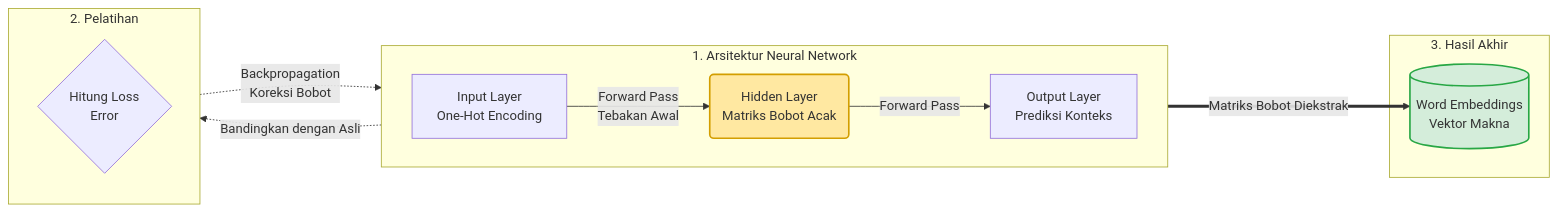
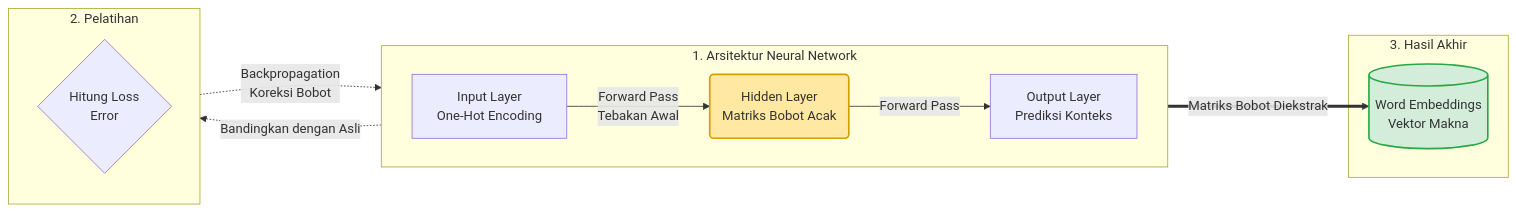
The third of 8 diagrams in slides.md (bendo01/BigPictureRAG), drawn with Mermaid before and after one commit. The commit also changed other lines of this file, not shown here.

````diff
--- a/slides.md
+++ b/slides.md
@@ -316,27 +401,26 @@
 ```mermaid
 graph LR
     %% Arsitektur Jaringan Saraf (Neural Network)
     subgraph Word2Vec_Model [1. Arsitektur Neural Network]
         direction LR
         A[Input Layer<br>One-Hot Encoding] -->|Forward Pass<br>Tebakan Awal| B(Hidden Layer<br>Matriks Bobot Acak)
         B -->|Forward Pass| C[Output Layer<br>Prediksi Konteks]
     end
 
     %% Evaluasi dan Pelatihan (Backpropagation)
     subgraph Training_Process [2. Pelatihan]
         direction TB
         C -.->|Bandingkan dengan Asli| D{Hitung Loss<br>Error}
         D -.->|Backpropagation<br>Koreksi Bobot| B
     end
 
     %% Hasil Akhir (Word Embeddings)
     subgraph Final_Result [3. Hasil Akhir]
-        B ===>|Matriks Bobot Diekstrak| E[(Word Embeddings<br>Vektor Makna)]
+        B ==>|Matriks Bobot Diekstrak| E[(Word Embeddings<br>Vektor Makna)]
     end
 
-    %% Styling agar lebih mudah dibaca
     classDef focus fill:#ffe8a1,stroke:#d39e00,stroke-width:2px;
     classDef result fill:#d4edda,stroke:#28a745,stroke-width:2px;
     class B focus;
     class E result;
 ```
````
